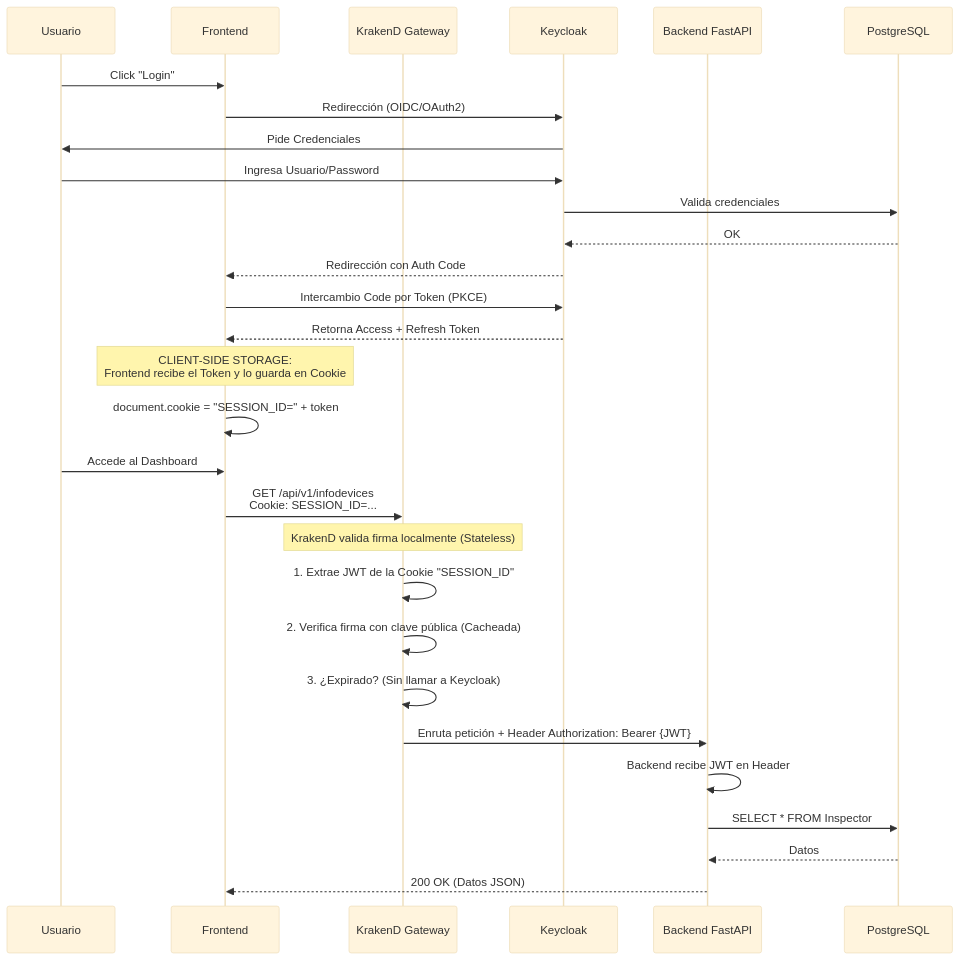
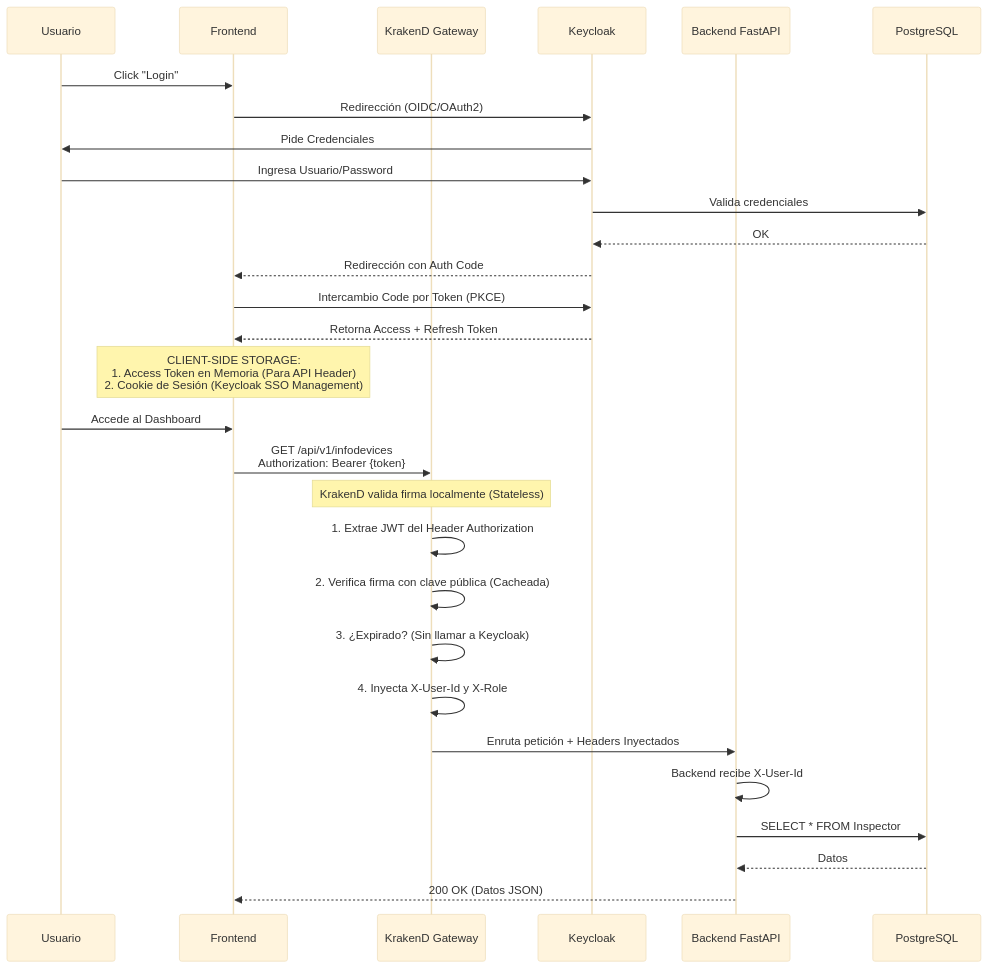
One commit to DanielUlfr2/inspector-api changed the first of 11 diagrams in .aidlc/technical_flow_diagrams.md. Above: the diagram before and after it, drawn with Mermaid (base theme). The commit also changed other lines of this file and 12 other files, not shown here.

````diff
--- a/.aidlc/technical_flow_diagrams.md
+++ b/.aidlc/technical_flow_diagrams.md
@@ -9,40 +9,39 @@
 ```mermaid
 sequenceDiagram
     participant U as Usuario
     participant F as Frontend
     participant K as KrakenD Gateway
     participant KC as Keycloak
     participant B as Backend FastAPI
     participant PG as PostgreSQL
     
     %% INICIO DE SESIÓN
     U->>F: Click "Login"
     F->>KC: Redirección (OIDC/OAuth2)
     KC->>U: Pide Credenciales
     U->>KC: Ingresa Usuario/Password
     KC->>PG: Valida credenciales
     PG-->>KC: OK
     KC-->>F: Redirección con Auth Code
     F->>KC: Intercambio Code por Token (PKCE)
     KC-->>F: Retorna Access + Refresh Token
     
-    Note over F: CLIENT-SIDE STORAGE:<br/>Frontend recibe el Token y lo guarda en Cookie
+    Note over F: CLIENT-SIDE STORAGE:<br/>1. Access Token en Memoria (Para API Header)<br/>2. Cookie de Sesión (Keycloak SSO Management)
     
-    F->>F: document.cookie = "SESSION_ID=" + token
-    
-    %% PETICIÓN CON COOKIE
+    %% PETICIÓN CON HEADER
     U->>F: Accede al Dashboard
-    F->>K: GET /api/v1/infodevices<br/>Cookie: SESSION_ID=...
+    F->>K: GET /api/v1/infodevices<br/>Authorization: Bearer {token}
     
     Note over K: KrakenD valida firma localmente (Stateless)
-    K->>K: 1. Extrae JWT de la Cookie "SESSION_ID"
+    K->>K: 1. Extrae JWT del Header Authorization
     K->>K: 2. Verifica firma con clave pública (Cacheada)
     K->>K: 3. ¿Expirado? (Sin llamar a Keycloak)
+    K->>K: 4. Inyecta X-User-Id y X-Role
     
-    K->>B: Enruta petición + Header Authorization: Bearer {JWT}
+    K->>B: Enruta petición + Headers Inyectados
     
-    B->>B: Backend recibe JWT en Header
+    B->>B: Backend recibe X-User-Id
     B->>PG: SELECT * FROM Inspector
     PG-->>B: Datos
     B-->>F: 200 OK (Datos JSON)
 ```
````
